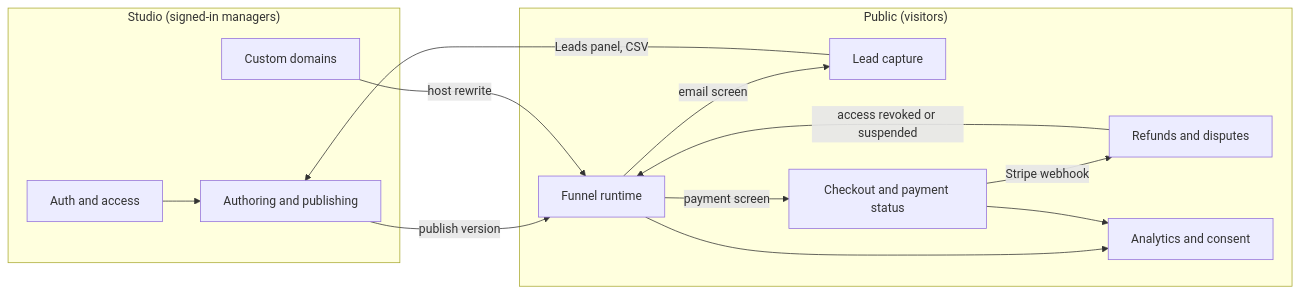
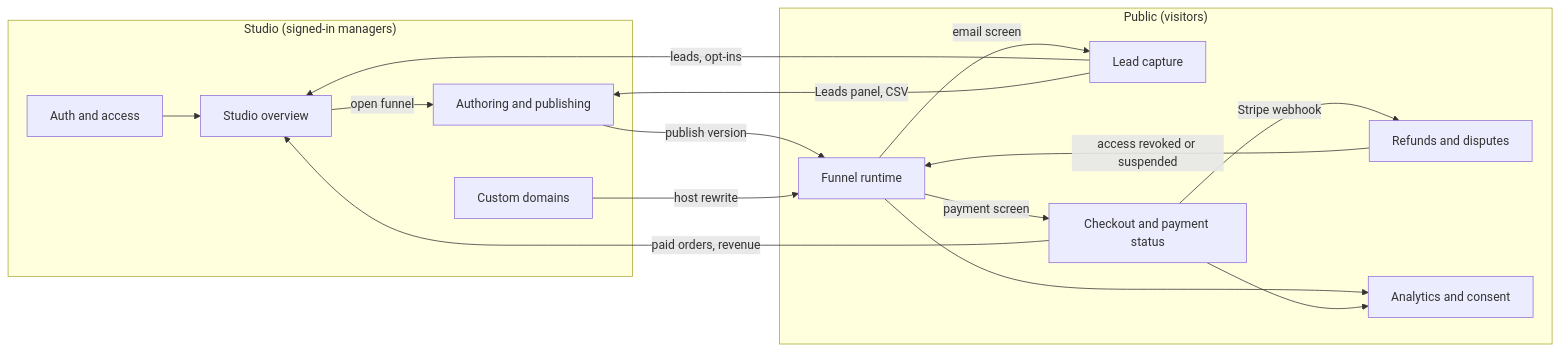
The diagram in docs/features/00-map.md (arturklimovich-eng/vibefunel), drawn with Mermaid before and after one commit. The commit also changed other lines of this file and 30 other files, not shown here.

First line of the commit message:
Redesign studio: three-pane editor, overview dashboard, docs in the studio shell

````diff
--- a/docs/features/00-map.md
+++ b/docs/features/00-map.md
@@ -11,33 +11,38 @@
 ```mermaid
 flowchart LR
   subgraph Studio["Studio (signed-in managers)"]
     AUTH["Auth and access"]
+    OVER["Studio overview"]
     AUTHOR["Authoring and publishing"]
     DOM["Custom domains"]
   end
   subgraph Public["Public (visitors)"]
     RUN["Funnel runtime"]
     LEAD["Lead capture"]
     PAY["Checkout and payment status"]
     REF["Refunds and disputes"]
     AN["Analytics and consent"]
   end
-  AUTH --> AUTHOR
+  AUTH --> OVER
+  OVER -->|"open funnel"| AUTHOR
+  LEAD -->|"leads, opt-ins"| OVER
+  PAY -->|"paid orders, revenue"| OVER
   AUTHOR -->|"publish version"| RUN
   DOM -->|"host rewrite"| RUN
   RUN -->|"email screen"| LEAD
   LEAD -->|"Leads panel, CSV"| AUTHOR
   RUN -->|"payment screen"| PAY
   PAY -->|"Stripe webhook"| REF
   REF -->|"access revoked or suspended"| RUN
   RUN --> AN
   PAY --> AN
   click AUTH "./70-auth-access.md"
   click AUTHOR "./10-authoring.md"
+  click OVER "./15-studio-overview.md"
   click DOM "./50-custom-domains.md"
   click RUN "./20-runtime.md"
   click LEAD "./25-lead-capture.md"
   click PAY "./30-checkout.md"
   click REF "./40-refunds-disputes.md"
   click AN "./60-analytics-consent.md"
 ```
````
